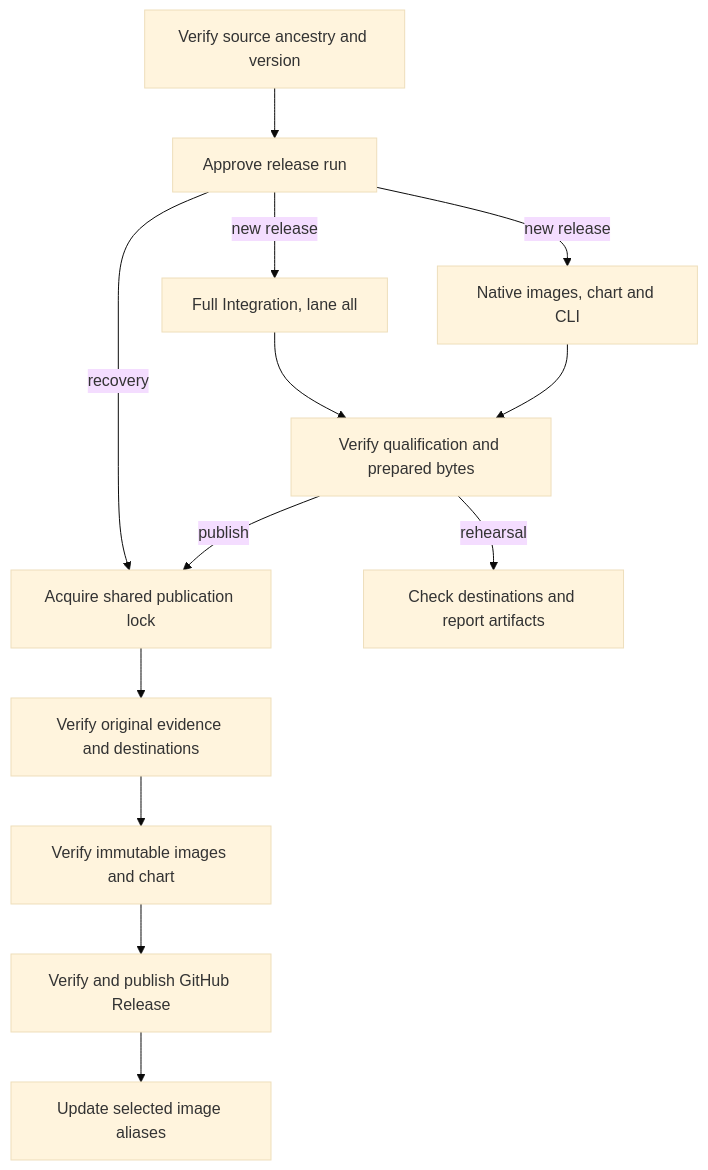
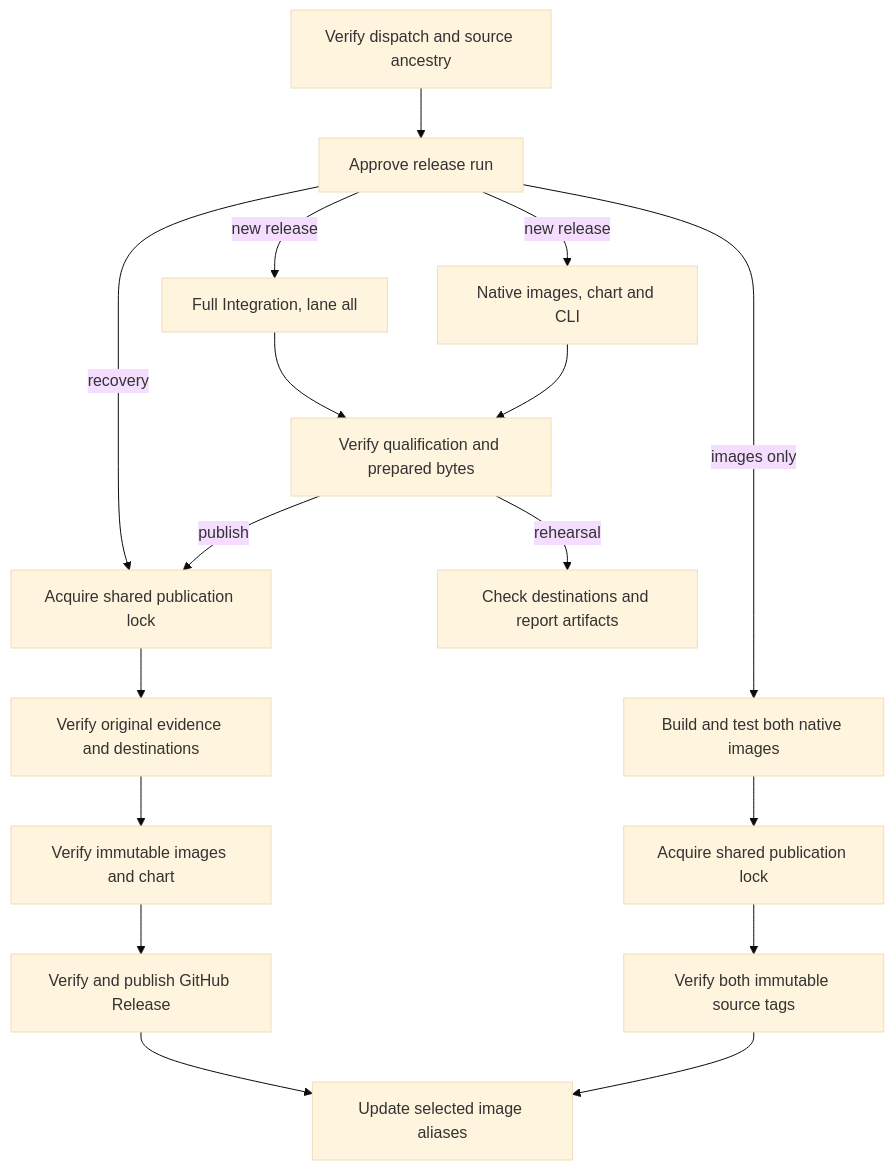
The diagram in docs/flows/release-oce.md (openclaw/openclaw-enterprise), drawn with Mermaid (base theme) before and after one commit. The commit also changed other lines of this file and 14 other files, not shown here.

Commit message:
Allow maintainers to publish tested images without full release qualification

````diff
--- a/docs/flows/release-oce.md
+++ b/docs/flows/release-oce.md
@@ -26,15 +25,19 @@
 ```mermaid
 graph TD
-  Gate["Verify source ancestry and version"] --> Approval["Approve release run"]
+  Gate["Verify dispatch and source ancestry"] --> Approval["Approve release run"]
   Approval -->|new release| Tests["Full Integration, lane all"]
   Approval -->|new release| Build["Native images, chart and CLI"]
   Tests --> Check["Verify qualification and prepared bytes"]
   Build --> Check
   Approval -->|recovery| Lock
   Check -->|rehearsal| End["Check destinations and report artifacts"]
   Check -->|publish| Lock["Acquire shared publication lock"]
   Lock --> Recheck["Verify original evidence and destinations"]
   Recheck --> Image["Verify immutable images and chart"]
   Image --> CLI["Verify and publish GitHub Release"]
   CLI --> Alias["Update selected image aliases"]
+  Approval -->|images only| Native["Build and test both native images"]
+  Native --> ImageLock["Acquire shared publication lock"]
+  ImageLock --> Sha["Verify both immutable source tags"]
+  Sha --> Alias
 ```
````
